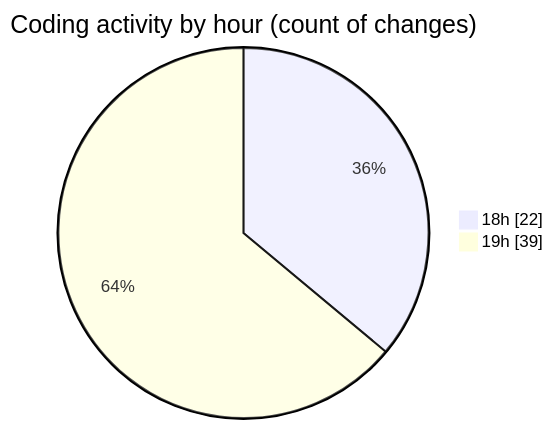
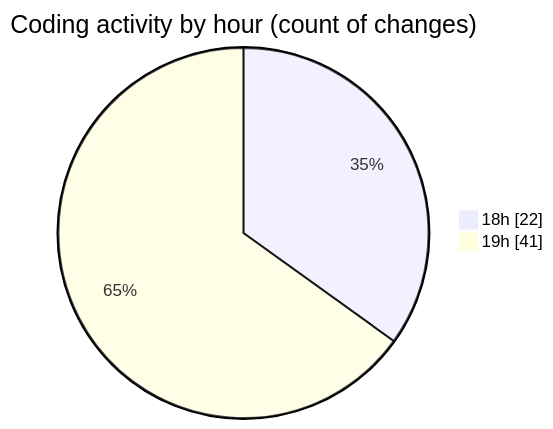
One commit to idhammustaqopulfikri/code-tracking changed the second of 2 diagrams in 2025-06-13/studio-backend/README.md. Above: the diagram before and after it, drawn with Mermaid. The commit also changed other lines of this file and 1 other file, not shown here.

````diff
--- a/2025-06-13/studio-backend/README.md
+++ b/2025-06-13/studio-backend/README.md
@@ -39,6 +39,6 @@
 ```mermaid
 pie showData
 title Coding activity by hour (count of changes)
 "18h" : 22
-"19h" : 39
+"19h" : 41
 ```
````
